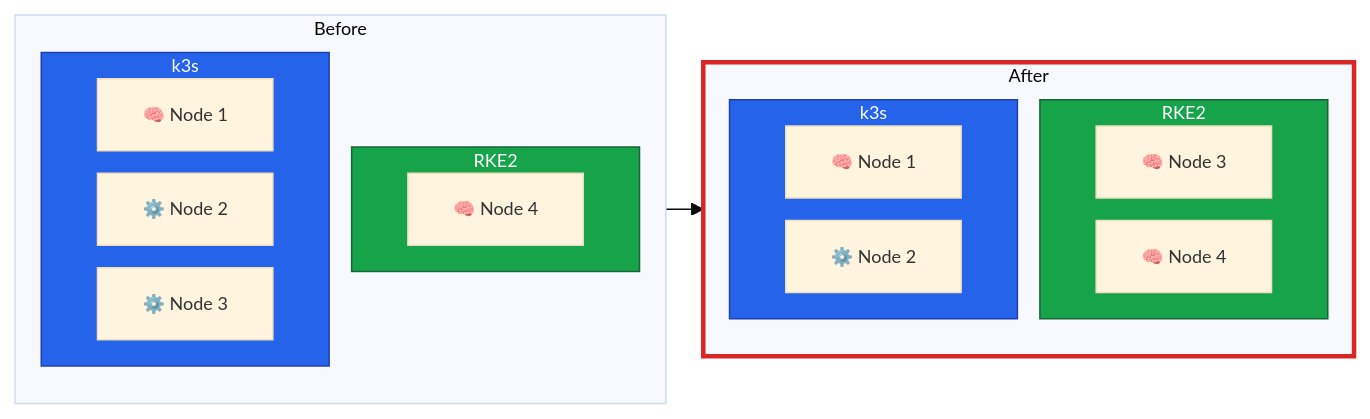
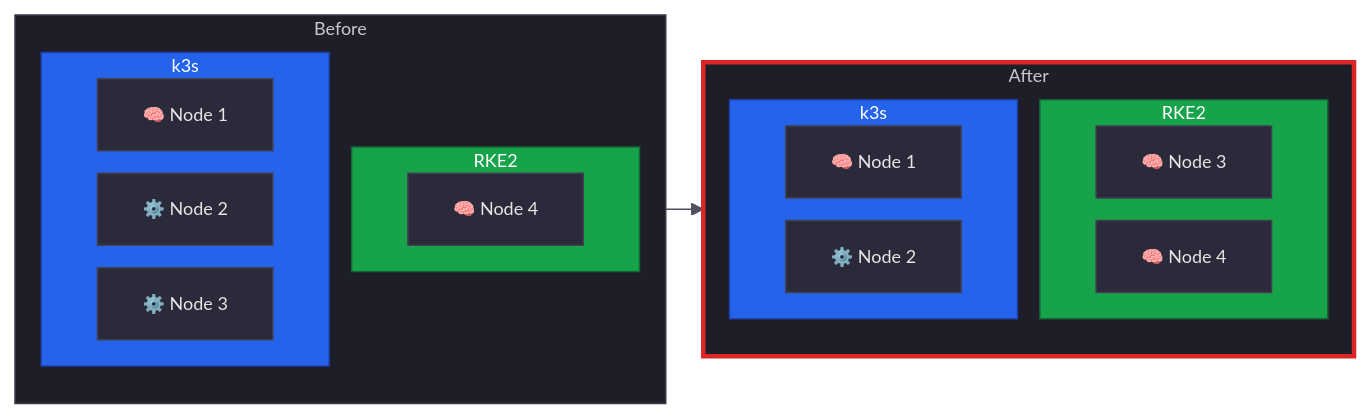
The second of 5 diagrams in guides/migrating-k3s-to-rke2/lesson-1.md (philprime/philprime.dev), drawn with Mermaid before and after one commit. The commit also changed other lines of this file and 16 other files, not shown here.

````diff
--- a/guides/migrating-k3s-to-rke2/lesson-1.md
+++ b/guides/migrating-k3s-to-rke2/lesson-1.md
@@ -94,36 +95,36 @@
 ```mermaid!
-%%{init: {"theme": "base", "flowchart": {"nodeSpacing": 15, "rankSpacing": 25}, "themeVariables": {"fontSize": "12px"}}}%%
+%%{init: {"theme": "base", "flowchart": {"nodeSpacing": 15, "rankSpacing": 25}, "themeVariables": {"fontSize": "12px", "background": "#181818", "textColor": "#c8c8d0", "lineColor": "#505060", "primaryColor": "#2a2a3a", "primaryTextColor": "#e6e6e6", "primaryBorderColor": "#404050", "clusterBkg": "#1e1e28", "clusterBorder": "#3a3a4a", "edgeLabelBackground": "#1e1e28", "titleColor": "#c8c8d0"}}}%%
 flowchart LR
 classDef clusterA fill:#2563eb,color:#ffffff,stroke:#1e40af
 classDef clusterB fill:#16a34a,color:#ffffff,stroke:#166534
 classDef critical stroke:#dc2626,stroke-width:3px
 
 subgraph before["Before"]
   direction TB
   subgraph bB["RKE2"]
     bB4["🧠 Node 4"]
   end
   subgraph bA["k3s"]
     bA1["🧠 Node 1"]
     bA2["⚙️ Node 2"]
     bA3["⚙️ Node 3"]
   end
 end
 
 subgraph after["After"]
   direction TB
   subgraph aB["RKE2"]
     aB3["🧠 Node 3"]
     aB4["🧠 Node 4"]
   end
   subgraph aA["k3s"]
     aA1["🧠 Node 1"]
     aA2["⚙️ Node 2"]
   end
 end
 
 before --> after
 class bA,aA clusterA
 class bB,aB clusterB
 class after critical
 ```
````
